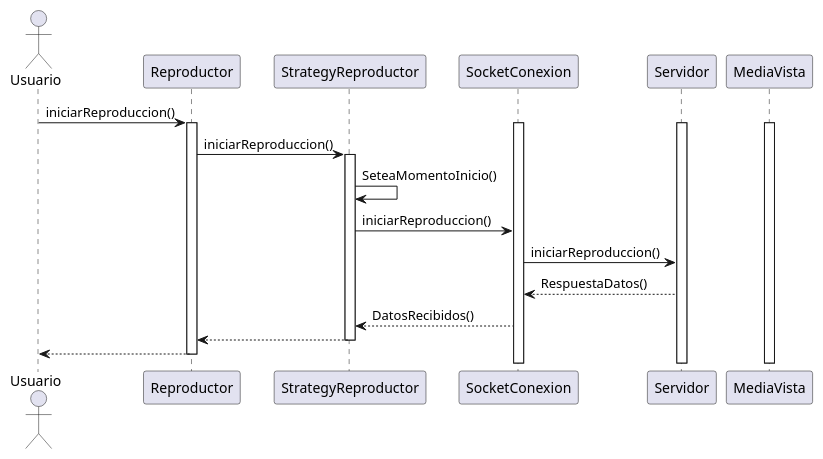
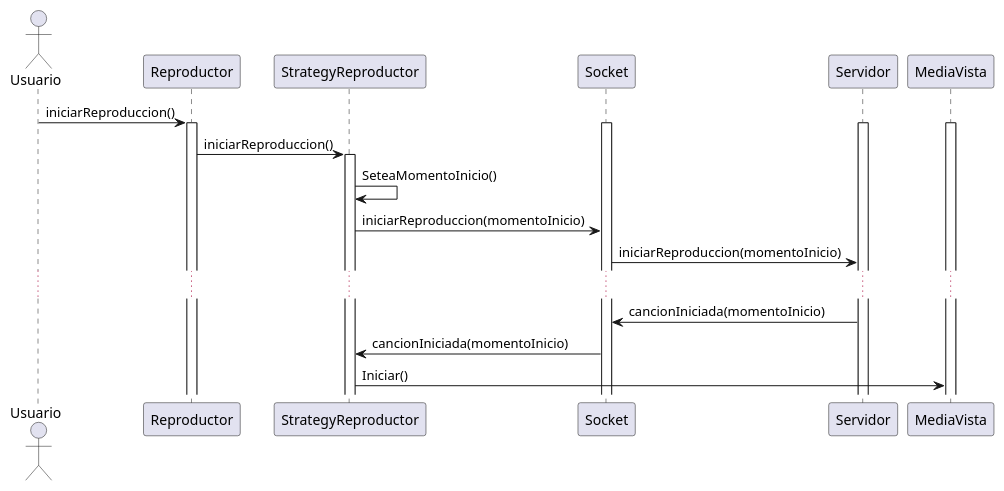
One commit to LuisWaldman/fogon-documentacion changed the diagram in diaguml/diagrama-secuencia-iniciarcanciondistribuido.puml. Above: the diagram before and after it, drawn with PlantUML. The commit also changed 1 other file, not shown here.

Commit message:
secuencia reproduccion conectada

```diff
--- a/diaguml/diagrama-secuencia-iniciarcanciondistribuido.puml
+++ b/diaguml/diagrama-secuencia-iniciarcanciondistribuido.puml
@@ -1,31 +1,28 @@
 @startuml diagrama-secuencia-iniciarcanciondistribuido
 
 actor Vista as "Usuario"
 participant Reproductor
 participant Strategy as "StrategyReproductor"
-participant Socket as "SocketConexion"
+participant Socket
 participant Servidor as "Servidor"
 participant Media as "MediaVista"
 
 Vista -> Reproductor: iniciarReproduccion()
 activate Reproductor
 activate Media
 activate Socket
 activate Servidor
 
 Reproductor -> Strategy: iniciarReproduccion()
 activate Strategy
 
 Strategy -> Strategy: SeteaMomentoInicio()
-Strategy -> Socket: iniciarReproduccion()
-Socket -> Servidor: iniciarReproduccion()
-Servidor --> Socket: RespuestaDatos()
-Socket --> Strategy: DatosRecibidos()
+Strategy -> Socket: iniciarReproduccion(momentoInicio)
+Socket -> Servidor: iniciarReproduccion(momentoInicio)
 
-Strategy --> Reproductor: 
-deactivate Strategy
+......
 
-Reproductor --> Vista: 
-deactivate Reproductor
-
+Servidor -> Socket: cancionIniciada(momentoInicio)
+Socket -> Strategy: cancionIniciada(momentoInicio)
+Strategy -> Media: Iniciar()
 @enduml
```
